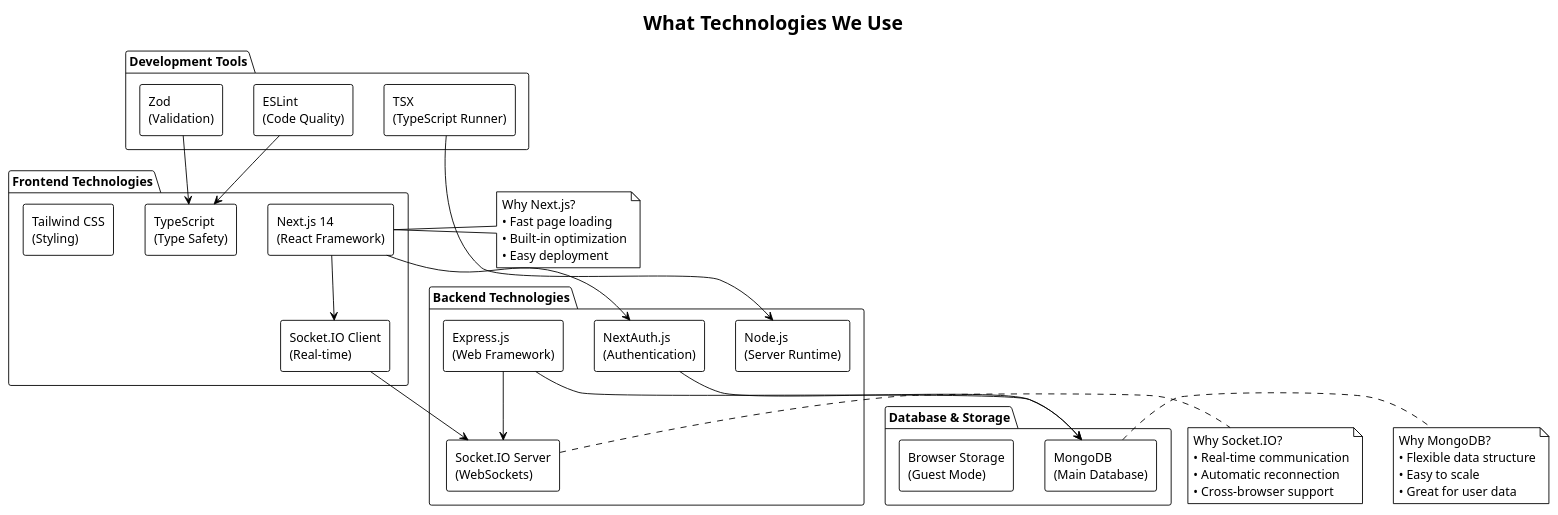
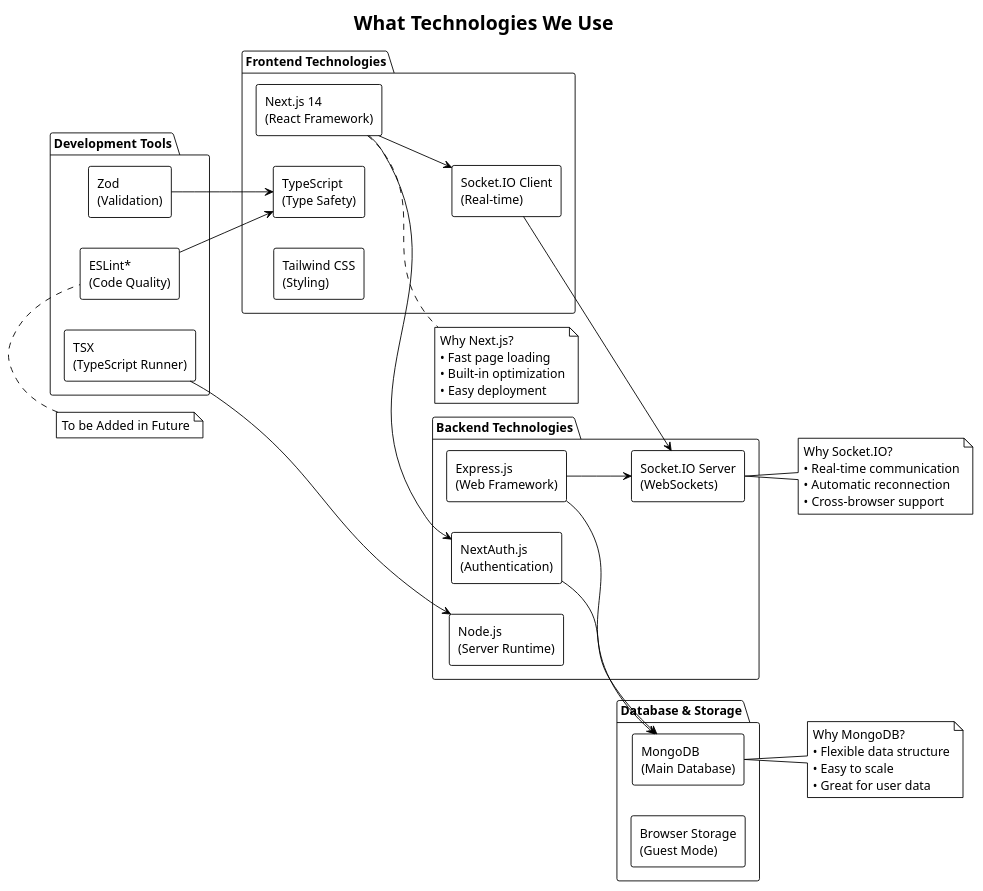
One commit to manojkrr/Typing-Competitor changed the diagram in assets/tech-stack.puml. Above: the diagram before and after it, drawn with PlantUML. The commit also changed 3 other files, not shown here.

```diff
--- a/assets/tech-stack.puml
+++ b/assets/tech-stack.puml
@@ -1,66 +1,71 @@
 @startuml Technology Stack
 
 title What Technologies We Use
 
 !theme plain
 skinparam backgroundColor white
 skinparam defaultFontSize 14
+
+left to right direction
 
 package "Frontend Technologies" {
   rectangle "Next.js 14\n(React Framework)" as NextJS
   rectangle "TypeScript\n(Type Safety)" as TS
   rectangle "Tailwind CSS\n(Styling)" as Tailwind
   rectangle "Socket.IO Client\n(Real-time)" as SocketClient
 }
 
 package "Backend Technologies" {
   rectangle "Node.js\n(Server Runtime)" as NodeJS
   rectangle "Express.js\n(Web Framework)" as Express
   rectangle "Socket.IO Server\n(WebSockets)" as SocketServer
   rectangle "NextAuth.js\n(Authentication)" as NextAuth
 }
 
 package "Database & Storage" {
   rectangle "MongoDB\n(Main Database)" as MongoDB
   rectangle "Browser Storage\n(Guest Mode)" as Browser
 }
 
 package "Development Tools" {
   rectangle "TSX\n(TypeScript Runner)" as TSX
-  rectangle "ESLint\n(Code Quality)" as ESLint
+  rectangle "ESLint*\n(Code Quality)" as ESLint
   rectangle "Zod\n(Validation)" as Zod
 }
 
 ' Simple connections
 NextJS --> SocketClient
 NextJS --> NextAuth
 SocketClient --> SocketServer
 Express --> SocketServer
 Express --> MongoDB
 NextAuth --> MongoDB
 TSX --> NodeJS
 ESLint --> TS
 Zod --> TS
 
 note right of NextJS
   Why Next.js?
   • Fast page loading
   • Built-in optimization
   • Easy deployment
 end note
 
 note right of SocketServer
   Why Socket.IO?
   • Real-time communication
   • Automatic reconnection
   • Cross-browser support
 end note
 
 note right of MongoDB
   Why MongoDB?
   • Flexible data structure
   • Easy to scale
   • Great for user data
 end note
 
+note top of ESLint
+  To be Added in Future
+end note
 @enduml
```
